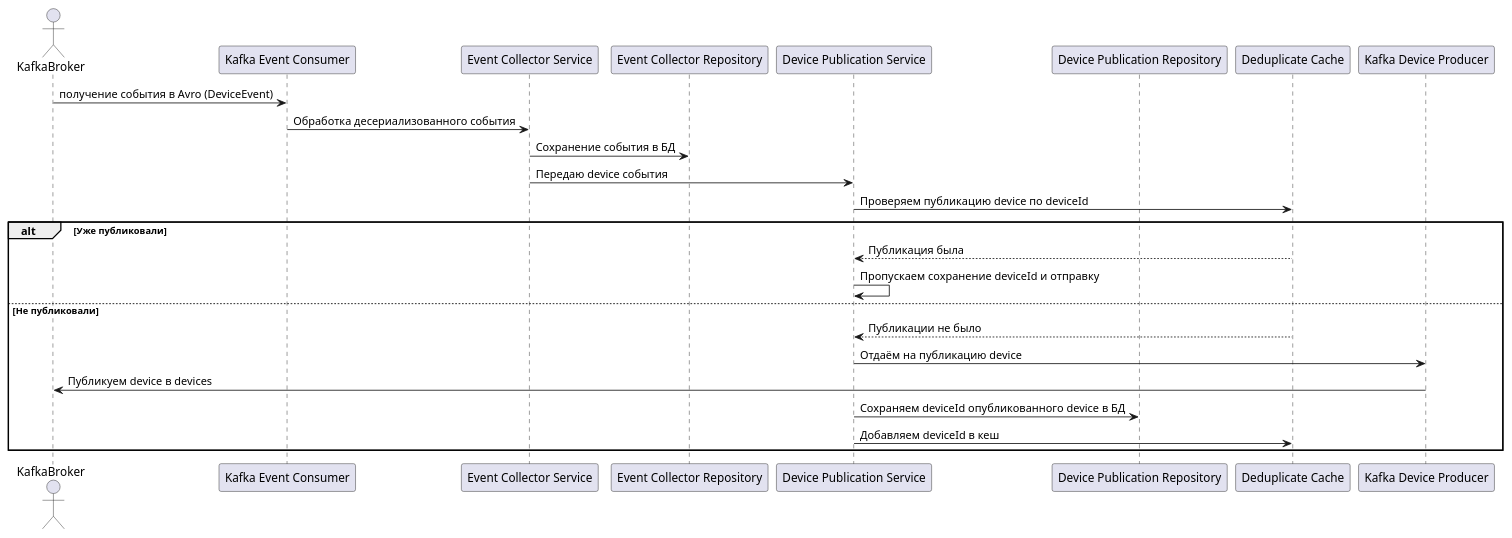
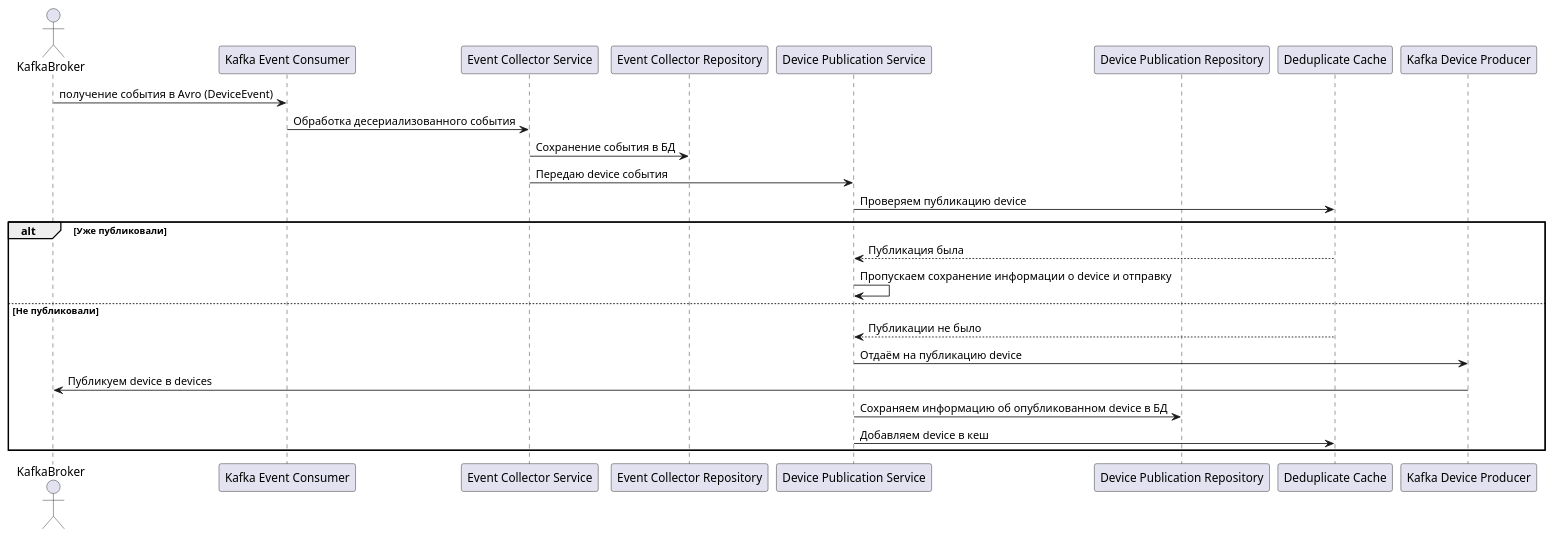
Before and after one commit to SinglePlayer56/iot: the diagram in event-collector/diagrams/sequence.puml, drawn with PlantUML.

Commit message:
Update sequence diagram for event collector service.

```diff
--- a/event-collector/diagrams/sequence.puml
+++ b/event-collector/diagrams/sequence.puml
@@ -1,27 +1,27 @@
 @startuml
 actor KafkaBroker
 participant "Kafka Event Consumer" as KEC
 participant "Event Collector Service" as ECS
 participant "Event Collector Repository" as ECR
 participant "Device Publication Service" as DPS
 participant "Device Publication Repository" as DPR
 participant "Deduplicate Cache" as DDC
 participant "Kafka Device Producer" as KDP
 
 KafkaBroker -> KEC : получение события в Avro (DeviceEvent)
 KEC -> ECS : Обработка десериализованного события
 ECS -> ECR : Сохранение события в БД
 ECS -> DPS : Передаю device события
-DPS -> DDC : Проверяем публикацию device по deviceId
+DPS -> DDC : Проверяем публикацию device
 
 alt Уже публиковали
     DDC --> DPS : Публикация была
-    DPS -> DPS: Пропускаем сохранение deviceId и отправку
+    DPS -> DPS: Пропускаем сохранение информации о device и отправку
 else Не публиковали
     DDC --> DPS : Публикации не было
     DPS -> KDP : Отдаём на публикацию device
     KDP -> KafkaBroker : Публикуем device в devices
-    DPS -> DPR : Сохраняем deviceId опубликованного device в БД
-    DPS -> DDC : Добавляем deviceId в кеш
+    DPS -> DPR : Сохраняем информацию об опубликованном device в БД
+    DPS -> DDC : Добавляем device в кеш
 end
 @enduml
```
